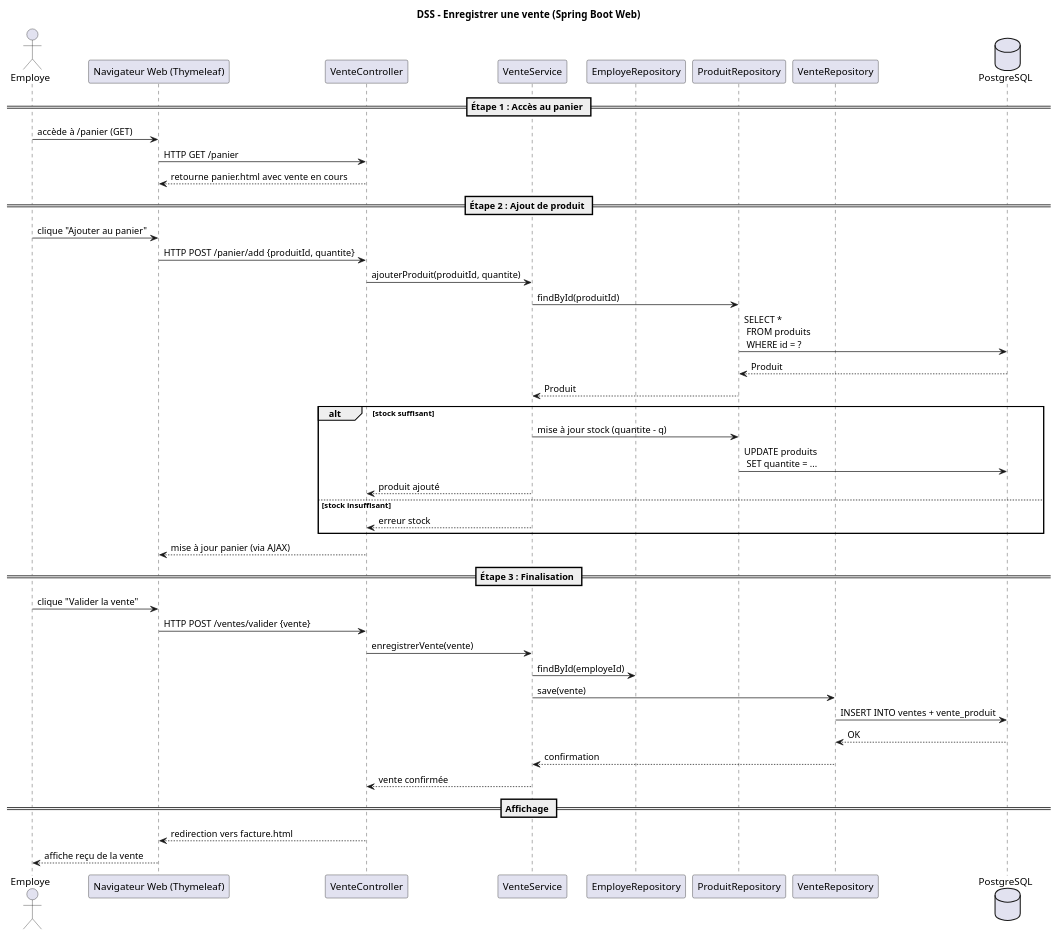
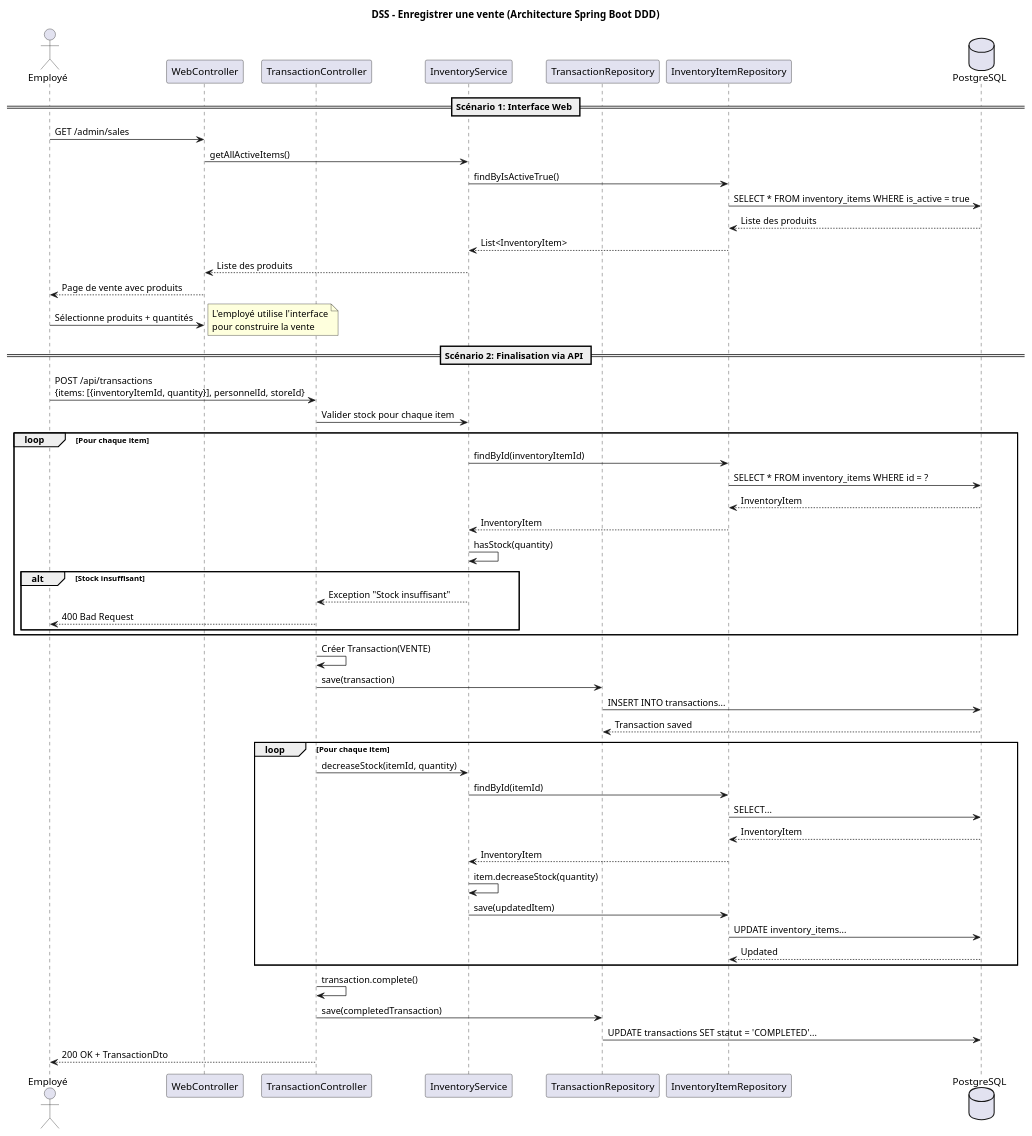
Before and after one commit to SlitherinSnake/tp0-1-2-log430: the diagram in docs/diagrams/dss/enregistrerVente.puml, drawn with PlantUML. The commit also changed 6 other files, not shown here.

Commit message:
Update diagram

```diff
--- a/docs/diagrams/dss/enregistrerVente.puml
+++ b/docs/diagrams/dss/enregistrerVente.puml
@@ -1,98 +1,67 @@
-@startuml
-title DSS – Enregistrer une vente (Spring Boot Web)
+@startuml Enregistrer une vente 
+title DSS - Enregistrer une vente (Architecture Spring Boot DDD)
 
-' === Acteur principal ===
-actor Employe
+' === Acteurs ===
+actor Employee as "Employé"
 
-' === Composants Web (architecture MVC Spring Boot) ===
-participant "Navigateur Web (Thymeleaf)" as Vue
-participant "VenteController" as Controller
-participant "VenteService" as Service
-participant "EmployeRepository" as EmployeRepo
-participant "ProduitRepository" as ProduitRepo
-participant "VenteRepository" as VenteRepo
+' === Composants Spring Boot DDD ===
+participant "WebController" as WebCtrl
+participant "TransactionController" as TxnCtrl
+participant "InventoryService" as InvSvc
+participant "TransactionRepository" as TxnRepo
+participant "InventoryItemRepository" as InvRepo
 database "PostgreSQL"
 
-== Étape 1 : Accès au panier ==
-Employe -> Vue : accède à /panier (GET)
-' L’employé ouvre la page du panier pour visualiser les produits sélectionnés
+== Scénario 1: Interface Web ==
+Employee -> WebCtrl : GET /admin/sales
+WebCtrl -> InvSvc : getAllActiveItems()
+InvSvc -> InvRepo : findByIsActiveTrue()
+InvRepo -> PostgreSQL : SELECT * FROM inventory_items WHERE is_active = true
+PostgreSQL --> InvRepo : Liste des produits
+InvRepo --> InvSvc : List<InventoryItem>
+InvSvc --> WebCtrl : Liste des produits
+WebCtrl --> Employee : Page de vente avec produits
 
-Vue -> Controller : HTTP GET /panier
-' Le navigateur déclenche une requête GET vers le contrôleur
+Employee -> WebCtrl : Sélectionne produits + quantités
+note right : L'employé utilise l'interface\npour construire la vente
 
-Controller --> Vue : retourne panier.html avec vente en cours
-' Le contrôleur prépare les données de la vente en session et rend la vue HTML
+== Scénario 2: Finalisation via API ==
+Employee -> TxnCtrl : POST /api/transactions\n{items: [{inventoryItemId, quantity}], personnelId, storeId}
 
-== Étape 2 : Ajout de produit ==
-Employe -> Vue : clique "Ajouter au panier"
-' L’employé choisit un produit et indique une quantité
-
-Vue -> Controller : HTTP POST /panier/add {produitId, quantite}
-' La requête POST contient l’identifiant du produit et la quantité demandée
-
-Controller -> Service : ajouterProduit(produitId, quantite)
-' Le contrôleur délègue la logique métier d’ajout au service
-
-Service -> ProduitRepo : findById(produitId)
-' Le service vérifie que le produit existe dans la base de données
-
-ProduitRepo -> PostgreSQL : SELECT * \n FROM produits \n WHERE id = ?
-' Une requête SQL est générée pour récupérer le produit par son identifiant
-
-PostgreSQL --> ProduitRepo : Produit
-' La base renvoie les détails du produit
-
-ProduitRepo --> Service : Produit
-' Le produit est renvoyé au service pour traitement
-
-alt stock suffisant
-    Service -> ProduitRepo : mise à jour stock (quantite - q)
-    ' Si la quantité est disponible, le service décrémente le stock du produit
-
-    ProduitRepo -> PostgreSQL : UPDATE produits \n SET quantite = ...
-    ' La mise à jour de la quantité est appliquée dans la base
-
-    Service --> Controller : produit ajouté
-    ' Le service confirme l’ajout du produit au panier
-else stock insuffisant
-    Service --> Controller : erreur stock
-    ' Si le stock est insuffisant, une erreur est renvoyée
+TxnCtrl -> InvSvc : Valider stock pour chaque item
+loop Pour chaque item
+  InvSvc -> InvRepo : findById(inventoryItemId)
+  InvRepo -> PostgreSQL : SELECT * FROM inventory_items WHERE id = ?
+  PostgreSQL --> InvRepo : InventoryItem
+  InvRepo --> InvSvc : InventoryItem
+  InvSvc -> InvSvc : hasStock(quantity)
+  alt Stock insuffisant
+    InvSvc --> TxnCtrl : Exception "Stock insuffisant"
+    TxnCtrl --> Employee : 400 Bad Request
+  end
 end
 
-Controller --> Vue : mise à jour panier (via AJAX)
-' Le contrôleur retourne une réponse partielle pour mettre à jour dynamiquement l’affichage du panier
+TxnCtrl -> TxnCtrl : Créer Transaction(VENTE)
+TxnCtrl -> TxnRepo : save(transaction)
+TxnRepo -> PostgreSQL : INSERT INTO transactions...
+PostgreSQL --> TxnRepo : Transaction saved
 
-== Étape 3 : Finalisation ==
-Employe -> Vue : clique "Valider la vente"
-' Une fois le panier complet, l’employé clique pour finaliser la vente
+loop Pour chaque item
+  TxnCtrl -> InvSvc : decreaseStock(itemId, quantity)
+  InvSvc -> InvRepo : findById(itemId)
+  InvRepo -> PostgreSQL : SELECT...
+  PostgreSQL --> InvRepo : InventoryItem
+  InvRepo --> InvSvc : InventoryItem
+  InvSvc -> InvSvc : item.decreaseStock(quantity)
+  InvSvc -> InvRepo : save(updatedItem)
+  InvRepo -> PostgreSQL : UPDATE inventory_items...
+  PostgreSQL --> InvRepo : Updated
+end
 
-Vue -> Controller : HTTP POST /ventes/valider {vente}
-' La requête POST contient toutes les informations de la vente en cours
+TxnCtrl -> TxnCtrl : transaction.complete()
+TxnCtrl -> TxnRepo : save(completedTransaction)
+TxnRepo -> PostgreSQL : UPDATE transactions SET statut = 'COMPLETED'...
 
-Controller -> Service : enregistrerVente(vente)
-' Le contrôleur délègue l’enregistrement complet de la vente au service
-
-Service -> EmployeRepo : findById(employeId)
-' Le service vérifie que l’employé assigné à la vente existe
-
-Service -> VenteRepo : save(vente)
-' Une fois les vérifications faites, la vente est sauvegardée en base
-
-VenteRepo -> PostgreSQL : INSERT INTO ventes + vente_produit
-' Deux tables sont affectées : `ventes` et la table associative `vente_produit`
-
-PostgreSQL --> VenteRepo : OK
-' Confirmation de l’insertion des données
-
-VenteRepo --> Service : confirmation
-Service --> Controller : vente confirmée
-' Le service remonte la confirmation d’enregistrement au contrôleur
-
-== Affichage ==
-Controller --> Vue : redirection vers facture.html
-' Le contrôleur redirige l’utilisateur vers la page de facture générée
-
-Vue --> Employe : affiche reçu de la vente
-' L’employé voit la facture avec les détails de la transaction
+TxnCtrl --> Employee : 200 OK + TransactionDto
 
 @enduml
```
